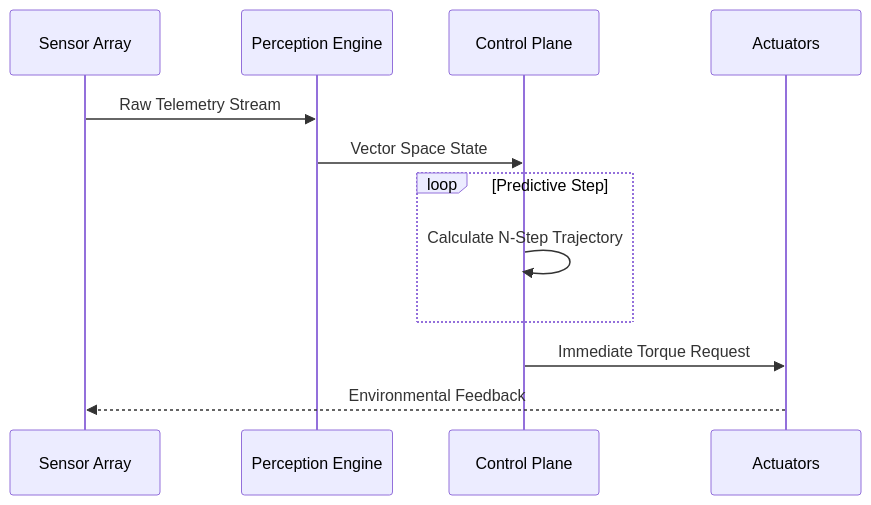
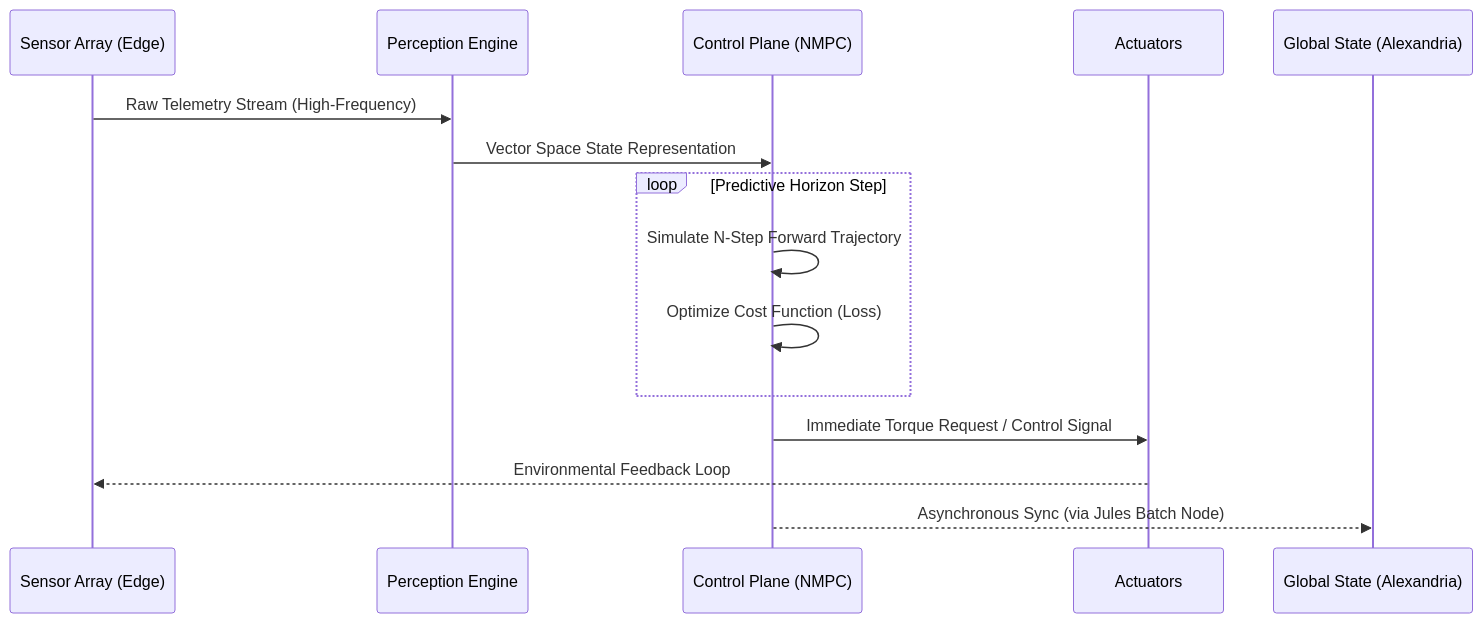
Before and after one commit to lordmahonheim-bot/Tesla-Antigravity-CLI: the diagram in 46-Conducteur-Absolu-v3.2.1/README.md, drawn with Mermaid. The commit also changed other lines of this file and 2 other files, not shown here.

````diff
--- a/46-Conducteur-Absolu-v3.2.1/README.md
+++ b/46-Conducteur-Absolu-v3.2.1/README.md
@@ -10,15 +17,18 @@
 ```mermaid
 sequenceDiagram
-    participant S as Sensor Array
+    participant S as Sensor Array (Edge)
     participant P as Perception Engine
-    participant C as Control Plane
+    participant C as Control Plane (NMPC)
     participant A as Actuators
+    participant G as Global State (Alexandria)
 
-    S->>P: Raw Telemetry Stream
-    P->>C: Vector Space State
-    loop Predictive Step
-        C->>C: Calculate N-Step Trajectory
+    S->>P: Raw Telemetry Stream (High-Frequency)
+    P->>C: Vector Space State Representation
+    loop Predictive Horizon Step
+        C->>C: Simulate N-Step Forward Trajectory
+        C->>C: Optimize Cost Function (Loss)
     end
-    C->>A: Immediate Torque Request
-    A-->>S: Environmental Feedback
+    C->>A: Immediate Torque Request / Control Signal
+    A-->>S: Environmental Feedback Loop
+    C-->>G: Asynchronous Sync (via Jules Batch Node)
 ```
````
